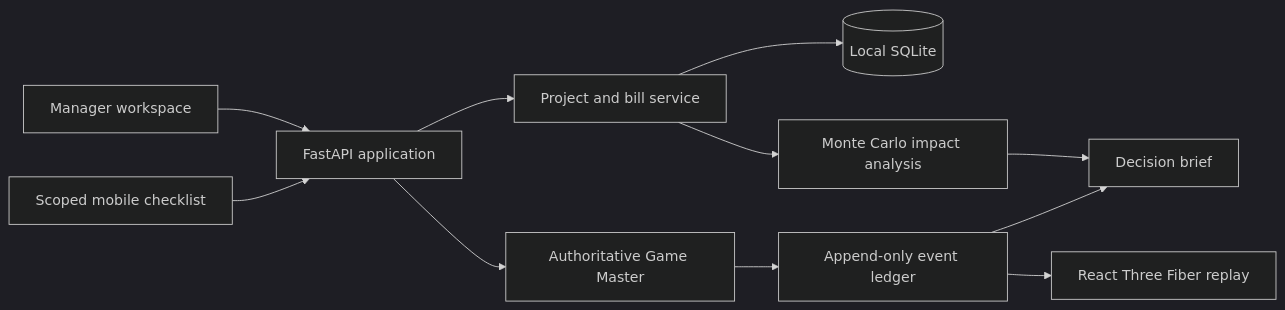
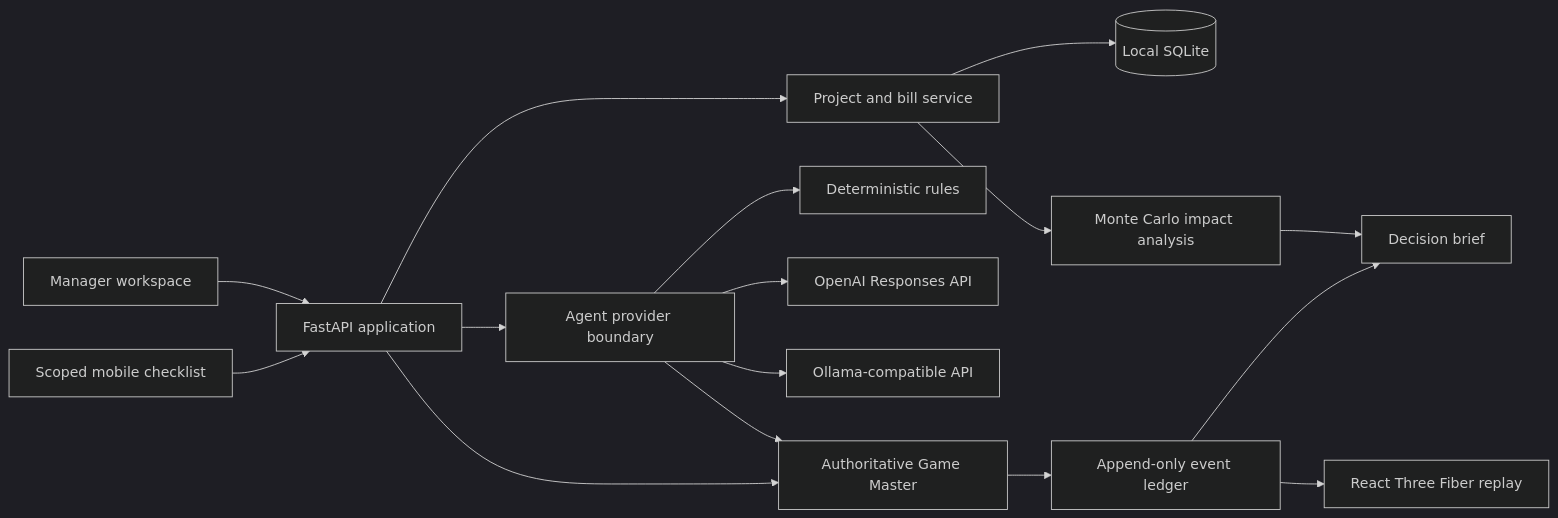
One commit to seansukamto/Situational-Awareness changed the diagram in docs/ARCHITECTURE.md. Above: the diagram before and after it, drawn with Mermaid (dark theme). The commit also changed other lines of this file and 28 other files, not shown here.

````diff
--- a/docs/ARCHITECTURE.md
+++ b/docs/ARCHITECTURE.md
@@ -5,13 +5,18 @@
 ```mermaid
 flowchart LR
     Manager["Manager workspace"] --> API["FastAPI application"]
     Staff["Scoped mobile checklist"] --> API
     API --> Projects["Project and bill service"]
+    API --> Providers["Agent provider boundary"]
+    Providers --> Deterministic["Deterministic rules"]
+    Providers --> OpenAI["OpenAI Responses API"]
+    Providers --> Ollama["Ollama-compatible API"]
+    Providers --> GM
     API --> GM["Authoritative Game Master"]
     Projects --> DB[("Local SQLite")]
     Projects --> Impact["Monte Carlo impact analysis"]
     GM --> Ledger["Append-only event ledger"]
     Ledger --> Replay["React Three Fiber replay"]
     Impact --> Report["Decision brief"]
     Ledger --> Report
 ```
````
